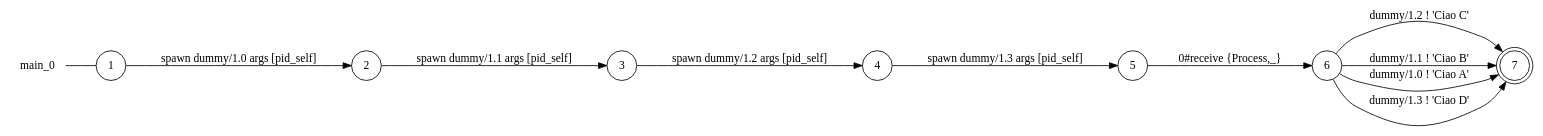
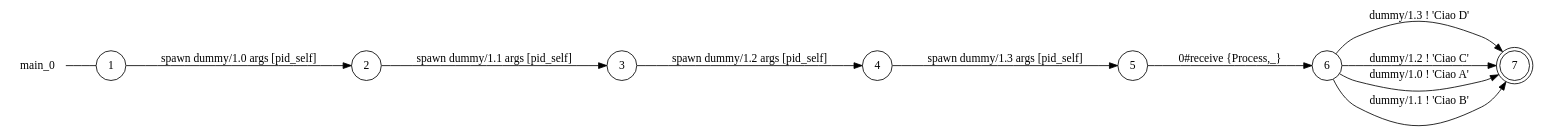
Before and after one commit to gabrielegenovese/chorer: the diagram in examples/conditional-case/main_0_local_view.dot, drawn with Graphviz. The commit also changed other lines of this file and 161 other files, not shown here.

```diff
--- a/examples/conditional-case/main_0_local_view.dot
+++ b/examples/conditional-case/main_0_local_view.dot
@@ -1,22 +1,22 @@
 digraph main_0 {
 	rankdir="LR";
 	n_0 [label="main_0", shape="plaintext"];
 	n_1 [id="9", shape=circle, label="5"];
 	n_2 [id="1", shape=circle, label="1"];
 	n_0 -> n_2 [arrowhead=none];
 	n_3 [id="4", shape=circle, label="4"];
 	n_4 [id="3", shape=doublecircle, label="7"];
 	n_5 [id="2", shape=circle, label="2"];
 	n_6 [id="10", shape=circle, label="3"];
 	n_7 [id="5", shape=circle, label="6"];
 
+	n_7 -> n_4 [id="[$e|11]", label="dummy/1.3 ! 'Ciao D'"];
 	n_7 -> n_4 [id="[$e|12]", label="dummy/1.2 ! 'Ciao C'"];
-	n_6 -> n_3 [id="[$e|3]", label="spawn dummy/1.2 args [pid_self]"];
 	n_5 -> n_6 [id="[$e|0]", label="spawn dummy/1.1 args [pid_self]"];
 	n_3 -> n_1 [id="[$e|4]", label="spawn dummy/1.3 args [pid_self]"];
+	n_7 -> n_4 [id="[$e|5]", label="dummy/1.0 ! 'Ciao A'"];
+	n_1 -> n_7 [id="[$e|1]", label="0#receive {Process,_}"];
+	n_7 -> n_4 [id="[$e|10]", label="dummy/1.1 ! 'Ciao B'"];
+	n_6 -> n_3 [id="[$e|3]", label="spawn dummy/1.2 args [pid_self]"];
 	n_2 -> n_5 [id="[$e|2]", label="spawn dummy/1.0 args [pid_self]"];
-	n_7 -> n_4 [id="[$e|10]", label="dummy/1.1 ! 'Ciao B'"];
-	n_7 -> n_4 [id="[$e|5]", label="dummy/1.0 ! 'Ciao A'"];
-	n_7 -> n_4 [id="[$e|11]", label="dummy/1.3 ! 'Ciao D'"];
-	n_1 -> n_7 [id="[$e|1]", label="0#receive {Process,_}"];
 }
```
